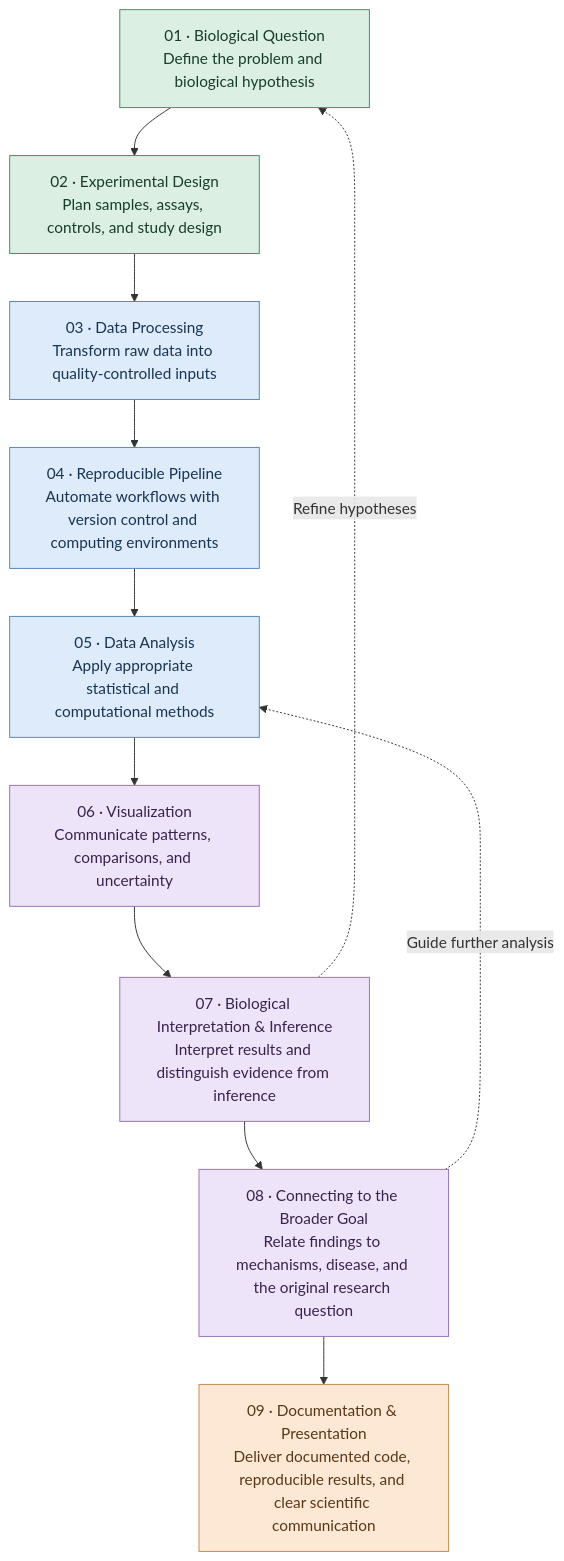
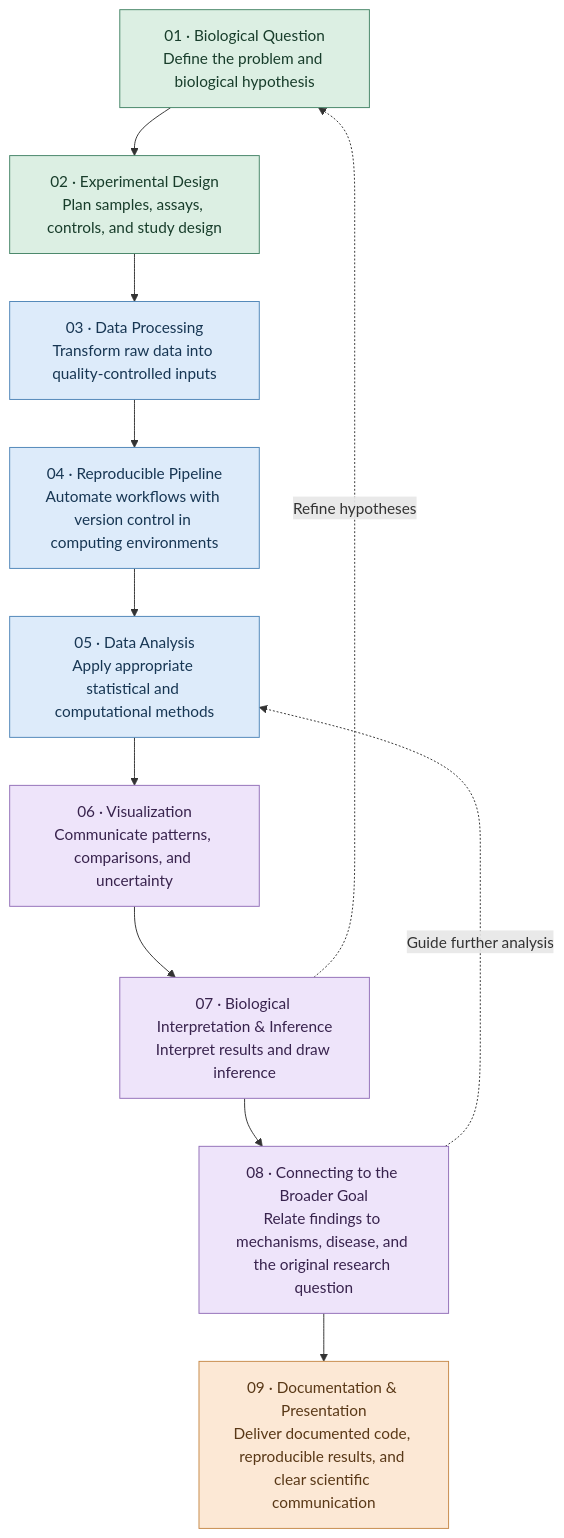
The diagram in README.md (chanmur/chanmur), drawn with Mermaid before and after one commit. The commit also changed other lines of this file, not shown here.

````diff
--- a/README.md
+++ b/README.md
@@ -24,26 +51,26 @@
 ```mermaid
 flowchart TD
     A["01 · Biological Question<br/>Define the problem and biological hypothesis"]
     B["02 · Experimental Design<br/>Plan samples, assays, controls, and study design"]
     C["03 · Data Processing<br/>Transform raw data into quality-controlled inputs"]
-    D["04 · Reproducible Pipeline<br/>Automate workflows with version control and computing environments"]
+    D["04 · Reproducible Pipeline<br/>Automate workflows with version control in computing environments"]
     E["05 · Data Analysis<br/>Apply appropriate statistical and computational methods"]
     F["06 · Visualization<br/>Communicate patterns, comparisons, and uncertainty"]
-    G["07 · Biological Interpretation & Inference<br/>Interpret results and distinguish evidence from inference"]
+    G["07 · Biological Interpretation & Inference<br/>Interpret results and draw inference"]
     H["08 · Connecting to the Broader Goal<br/>Relate findings to mechanisms, disease, and the original research question"]
     I["09 · Documentation & Presentation<br/>Deliver documented code, reproducible results, and clear scientific communication"]
 
     A --> B --> C --> D --> E --> F --> G --> H --> I
     G -. "Refine hypotheses" .-> A
     H -. "Guide further analysis" .-> E
 
     classDef biology fill:#DCEFE3,stroke:#468568,color:#183D2B
     classDef computing fill:#DDEBFA,stroke:#5086B8,color:#173653
     classDef insight fill:#EEE4FA,stroke:#9370B8,color:#38234D
     classDef delivery fill:#FCE8D5,stroke:#C78A4A,color:#593817
 
     class A,B biology
     class C,D,E computing
     class F,G,H insight
     class I delivery
 ```
````
